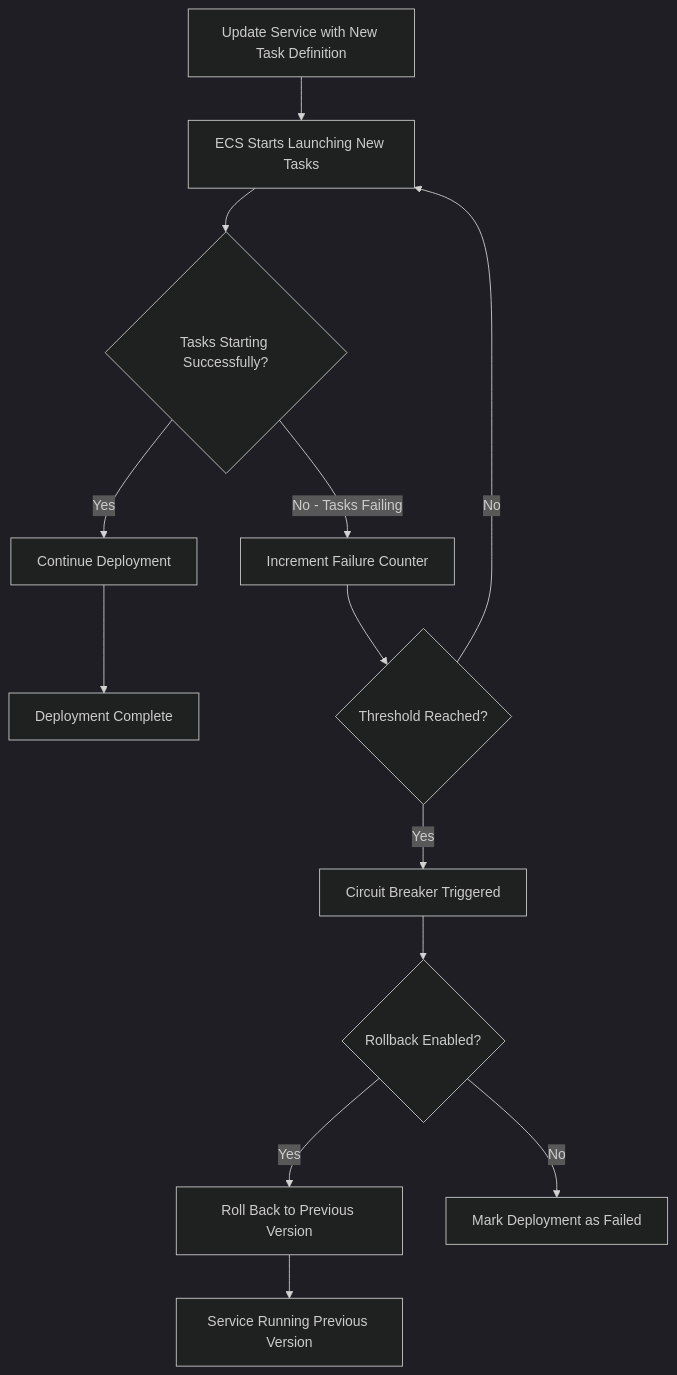
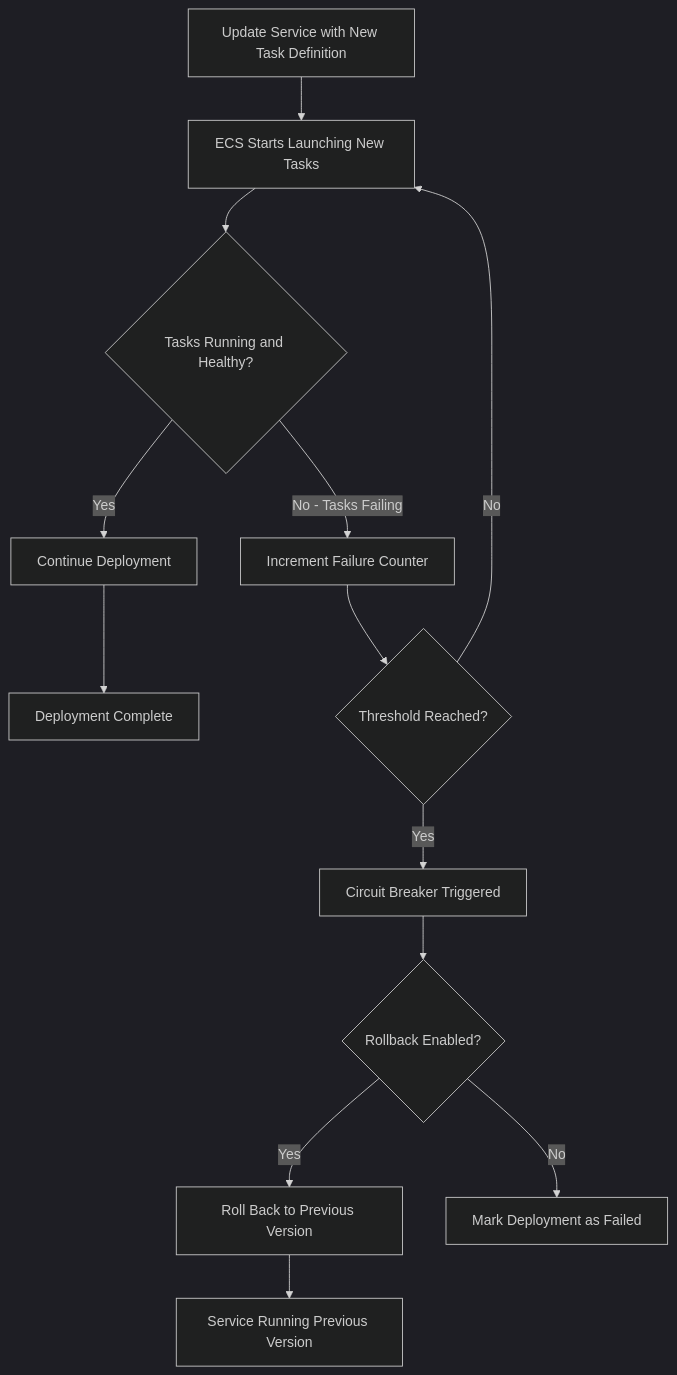
The diagram in posts/2026-02-12-deployment-circuit-breaker-ecs/README.md (OneUptime/blog), drawn with Mermaid (dark theme) before and after one commit. The commit also changed other lines of this file and 2 other files, not shown here.

````diff
--- a/posts/2026-02-12-deployment-circuit-breaker-ecs/README.md
+++ b/posts/2026-02-12-deployment-circuit-breaker-ecs/README.md
@@ -25,15 +25,15 @@
 ```mermaid
 graph TD
     A[Update Service with New Task Definition] --> B[ECS Starts Launching New Tasks]
-    B --> C{Tasks Starting Successfully?}
+    B --> C{Tasks Running and Healthy?}
     C -->|Yes| D[Continue Deployment]
     D --> E[Deployment Complete]
     C -->|No - Tasks Failing| F[Increment Failure Counter]
     F --> G{Threshold Reached?}
     G -->|No| B
     G -->|Yes| H[Circuit Breaker Triggered]
     H --> I{Rollback Enabled?}
     I -->|Yes| J[Roll Back to Previous Version]
     I -->|No| K[Mark Deployment as Failed]
     J --> L[Service Running Previous Version]
 ```
````
